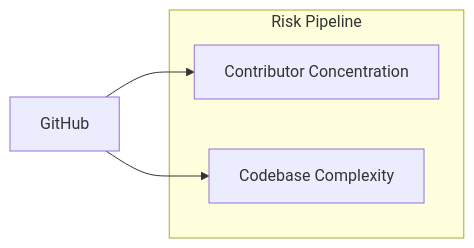
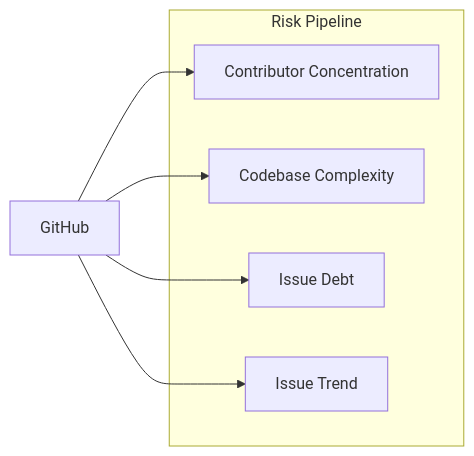
The diagram in docs/risk.md (osendowment/model), drawn with Mermaid before and after one commit. The commit also changed other lines of this file and 6 other files, not shown here.

First line of the commit message:
risk: add issue_debt_class + issue_trend (5-year, slope-based)

````diff
--- a/docs/risk.md
+++ b/docs/risk.md
@@ -6,12 +6,16 @@
 ```mermaid
 graph LR
     github["GitHub"]
 
     subgraph Risk["Risk Pipeline"]
         concentration["Contributor Concentration"]
         complexity["Codebase Complexity"]
+        debt["Issue Debt"]
+        trend["Issue Trend"]
     end
 
     github --> concentration
     github --> complexity
+    github --> debt
+    github --> trend
 ```
````
